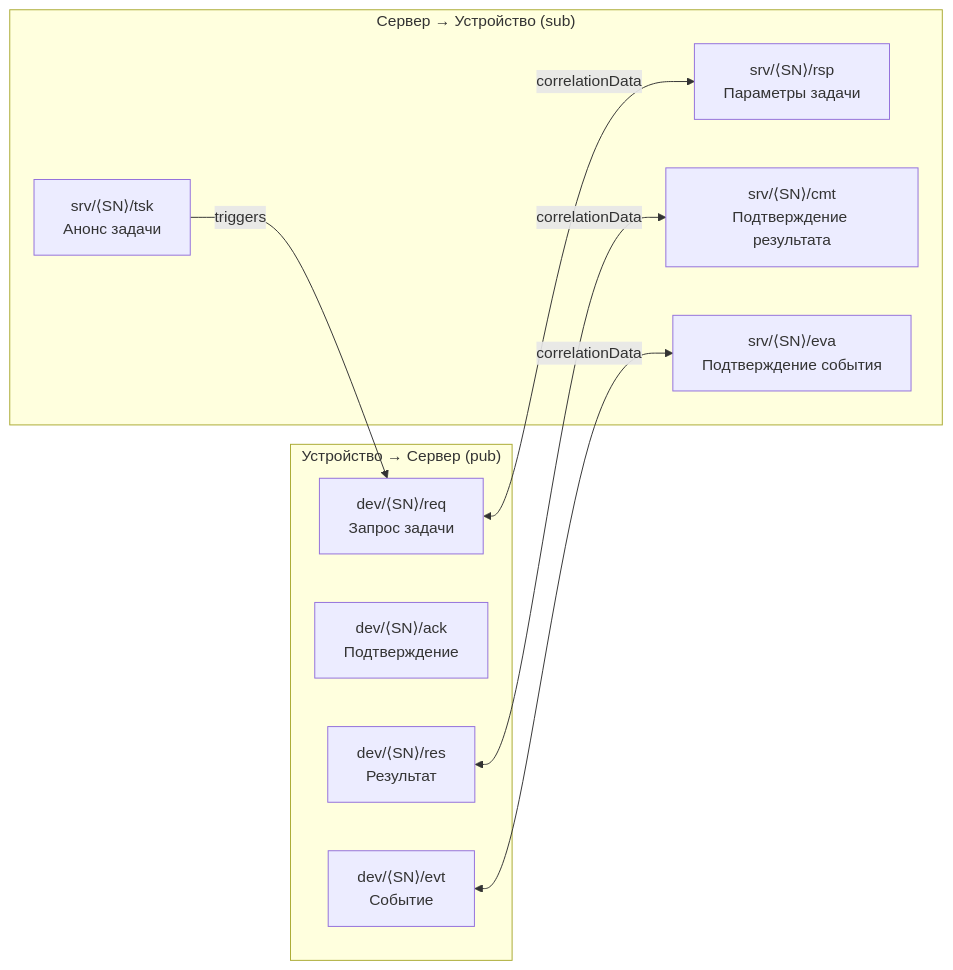
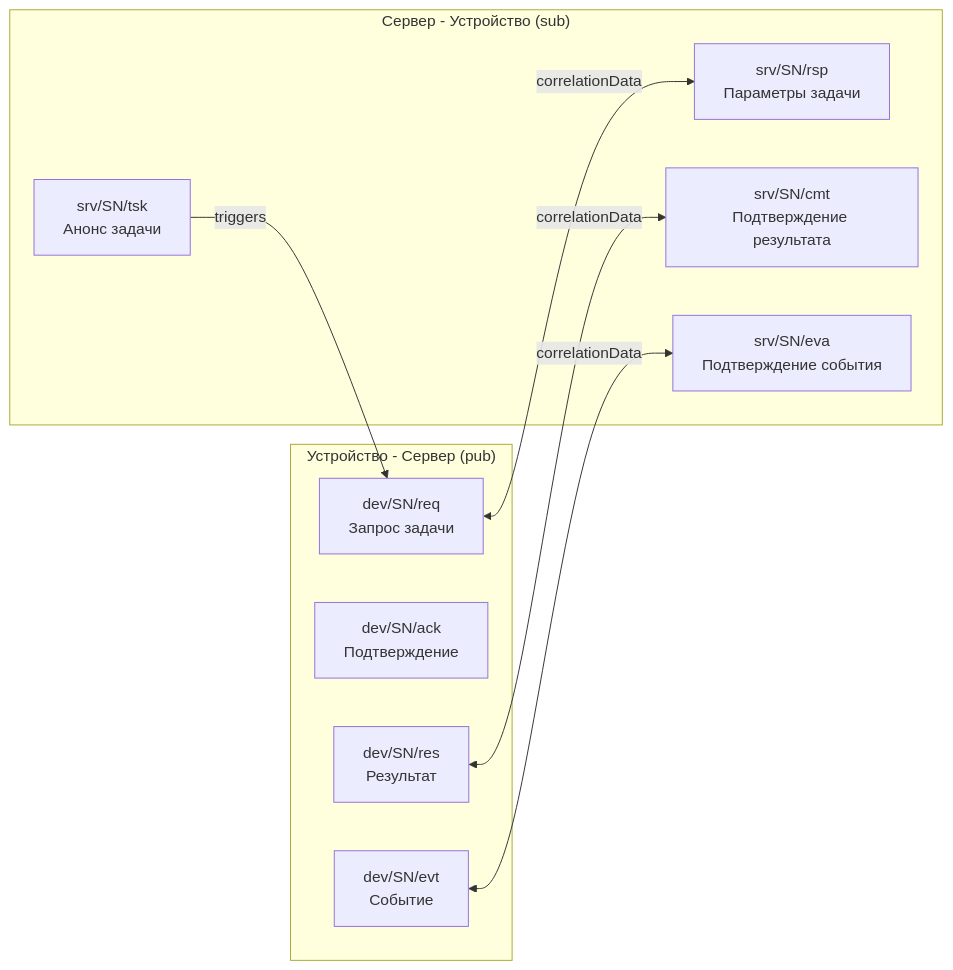
The third of 8 diagrams in docs/solution-presentation.md (OlegLebedevRU/iot-rpc-rest-app), drawn with Mermaid before and after one commit. The commit also changed other lines of this file, not shown here.

First line of the commit message:
docs: fix Mermaid/GitHub UI compatibility issues in solution-presentation.md

````diff
--- a/docs/solution-presentation.md
+++ b/docs/solution-presentation.md
@@ -113,21 +115,21 @@
 ```mermaid
 flowchart LR
-    subgraph dev ["Устройство → Сервер (pub)"]
-        REQ["dev/⟨SN⟩/req<br/>Запрос задачи"]
-        ACK["dev/⟨SN⟩/ack<br/>Подтверждение"]
-        RES["dev/⟨SN⟩/res<br/>Результат"]
-        EVT["dev/⟨SN⟩/evt<br/>Событие"]
+    subgraph dev ["Устройство - Сервер (pub)"]
+        REQ["dev/SN/req<br/>Запрос задачи"]
+        ACK["dev/SN/ack<br/>Подтверждение"]
+        RES["dev/SN/res<br/>Результат"]
+        EVT["dev/SN/evt<br/>Событие"]
     end
 
-    subgraph srv ["Сервер → Устройство (sub)"]
-        TSK["srv/⟨SN⟩/tsk<br/>Анонс задачи"]
-        RSP["srv/⟨SN⟩/rsp<br/>Параметры задачи"]
-        CMT["srv/⟨SN⟩/cmt<br/>Подтверждение результата"]
-        EVA["srv/⟨SN⟩/eva<br/>Подтверждение события"]
+    subgraph srv ["Сервер - Устройство (sub)"]
+        TSK["srv/SN/tsk<br/>Анонс задачи"]
+        RSP["srv/SN/rsp<br/>Параметры задачи"]
+        CMT["srv/SN/cmt<br/>Подтверждение результата"]
+        EVA["srv/SN/eva<br/>Подтверждение события"]
     end
 
     REQ <-->|correlationData| RSP
     TSK -->|triggers| REQ
     RES <-->|correlationData| CMT
     EVT <-->|correlationData| EVA
 ```
````
